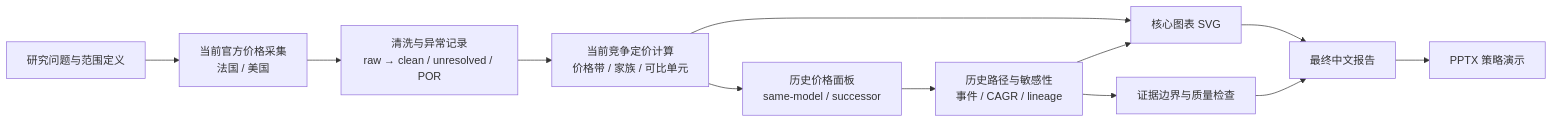
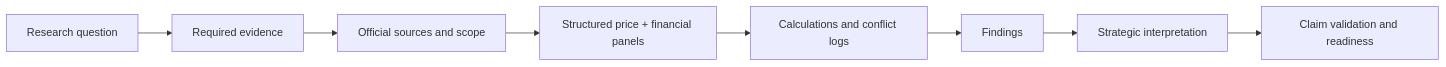
One commit to gabriel232ch/luxury-handbag-price-architecture changed the diagram in README.md. Above: the diagram before and after it, drawn with Mermaid. The commit also changed other lines of this file and 15 other files, not shown here.

````diff
--- a/README.md
+++ b/README.md
@@ -13,14 +45,10 @@
 ```mermaid
 flowchart LR
-    A[研究问题与范围定义] --> B[当前官方价格采集\n法国 / 美国]
-    B --> C[清洗与异常记录\nraw → clean / unresolved / POR]
-    C --> D[当前竞争定价计算\n价格带 / 家族 / 可比单元]
-    D --> E[历史价格面板\nsame-model / successor]
-    E --> F[历史路径与敏感性\n事件 / CAGR / lineage]
-    D --> G[核心图表 SVG]
-    F --> G
-    F --> H[证据边界与质量检查]
-    G --> I[最终中文报告]
-    H --> I
-    I --> J[PPTX 策略演示]
+    A[Research question] --> B[Required evidence]
+    B --> C[Official sources and scope]
+    C --> D[Structured price + financial panels]
+    D --> E[Calculations and conflict logs]
+    E --> F[Findings]
+    F --> G[Strategic interpretation]
+    G --> H[Claim validation and readiness]
 ```
````
